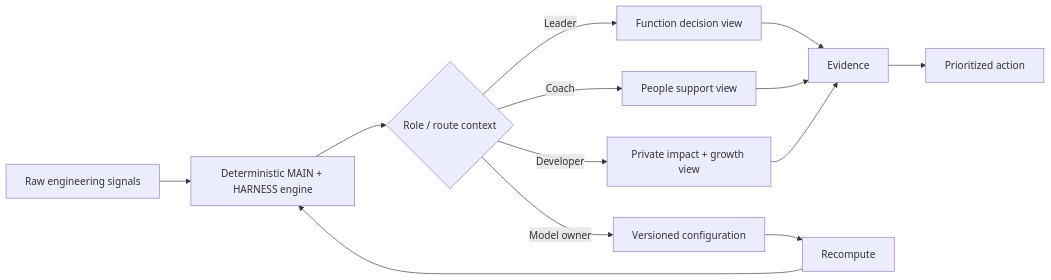
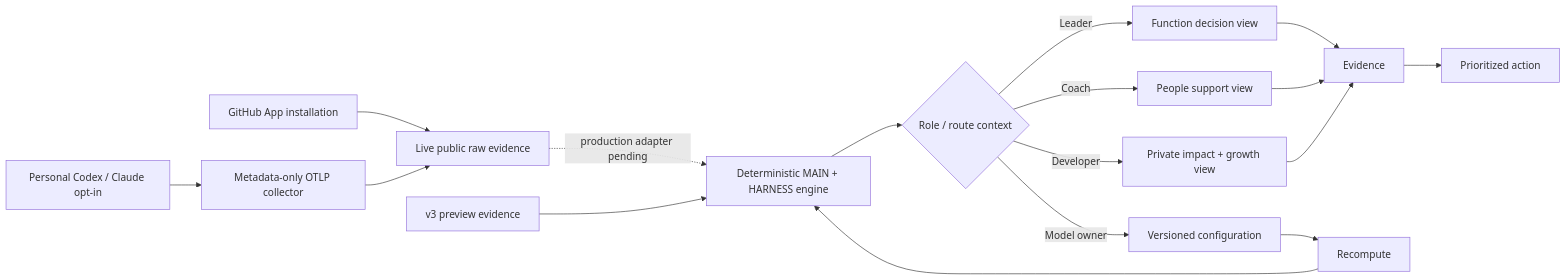
Before and after one commit to APareek89/prism_v1: the diagram in docs/ARCHITECTURE_FLOW.md, drawn with Mermaid. The commit also changed other lines of this file and 27 other files, not shown here.

Commit message:
feat: connect real GitHub and personal AI telemetry

````diff
--- a/docs/ARCHITECTURE_FLOW.md
+++ b/docs/ARCHITECTURE_FLOW.md
@@ -5,15 +5,19 @@
 ```mermaid
 flowchart LR
-  A["Raw engineering signals"] --> B["Deterministic MAIN + HARNESS engine"]
+  K["GitHub App installation"] --> A["Live public raw evidence"]
+  L["Personal Codex / Claude opt-in"] --> M["Metadata-only OTLP collector"]
+  M --> A
+  A -. "production adapter pending" .-> B["Deterministic MAIN + HARNESS engine"]
+  V["v3 preview evidence"] --> B
   B --> C{"Role / route context"}
   C -->|"Leader"| D["Function decision view"]
   C -->|"Coach"| E["People support view"]
   C -->|"Developer"| F["Private impact + growth view"]
   C -->|"Model owner"| G["Versioned configuration"]
   D --> H["Evidence"]
   E --> H
   F --> H
   H --> I["Prioritized action"]
   G --> J["Recompute"]
   J --> B
 ```
````
